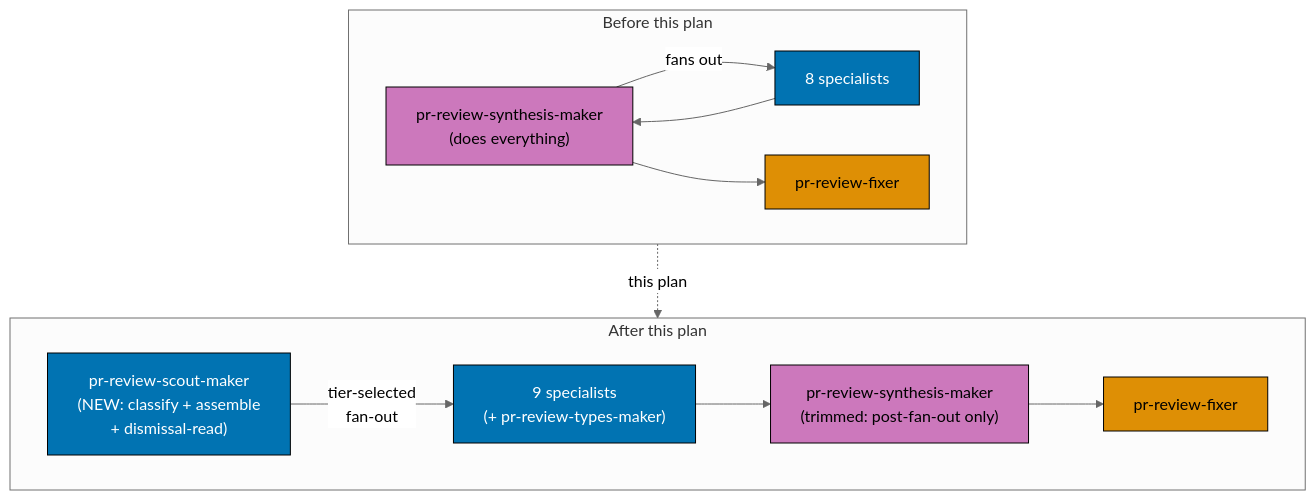
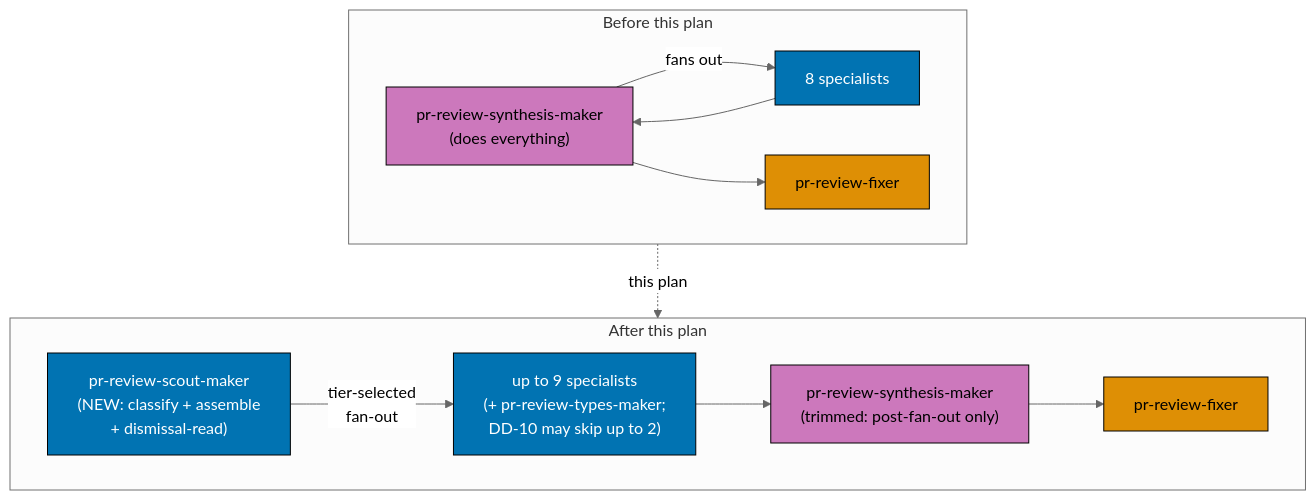
The first of 3 diagrams in plans/in-progress/pr-review-cycle-scout-and-typesafety/tech-docs.md (wahidyankf/open-sharia-fintech), drawn with Mermaid (neutral theme) before and after one commit. The commit also changed other lines of this file and 40 other files, not shown here.

First line of the commit message:
fix(agents): resolve cycle-1 PR review findings for scout+types pipeline

````diff
--- a/plans/in-progress/pr-review-cycle-scout-and-typesafety/tech-docs.md
+++ b/plans/in-progress/pr-review-cycle-scout-and-typesafety/tech-docs.md
@@ -23,27 +23,27 @@
 ```mermaid
 %% Color palette: Blue #0173B2 (specialists), Purple #CC78BC (coordinator role), Orange #DE8F05 (fixer),
 %% Teal #029E73 (CI gate), Grey #949494 (removed/superseded)
 flowchart TD
   subgraph BEFORE["Before this plan"]
     direction LR
     B1["pr-review-synthesis-maker<br/>(does everything)"]:::purple
     B2["8 specialists"]:::blue
     B3["pr-review-fixer"]:::orange
     B1 -->|"fans out"| B2 --> B1 --> B3
   end
 
   subgraph AFTER["After this plan"]
     direction LR
     A0["pr-review-scout-maker<br/>(NEW: classify + assemble<br/>+ dismissal-read)"]:::blue
     A1["pr-review-synthesis-maker<br/>(trimmed: post-fan-out only)"]:::purple
-    A2["9 specialists<br/>(+ pr-review-types-maker)"]:::blue
+    A2["up to 9 specialists<br/>(+ pr-review-types-maker;<br/>DD-10 may skip up to 2)"]:::blue
     A3["pr-review-fixer"]:::orange
     A0 -->|"tier-selected<br/>fan-out"| A2 --> A1 --> A3
   end
 
   BEFORE -.->|"this plan"| AFTER
 
   classDef purple fill:#CC78BC,stroke:#000000,color:#000000
   classDef blue fill:#0173B2,stroke:#000000,color:#FFFFFF
   classDef orange fill:#DE8F05,stroke:#000000,color:#000000
 ```
````
